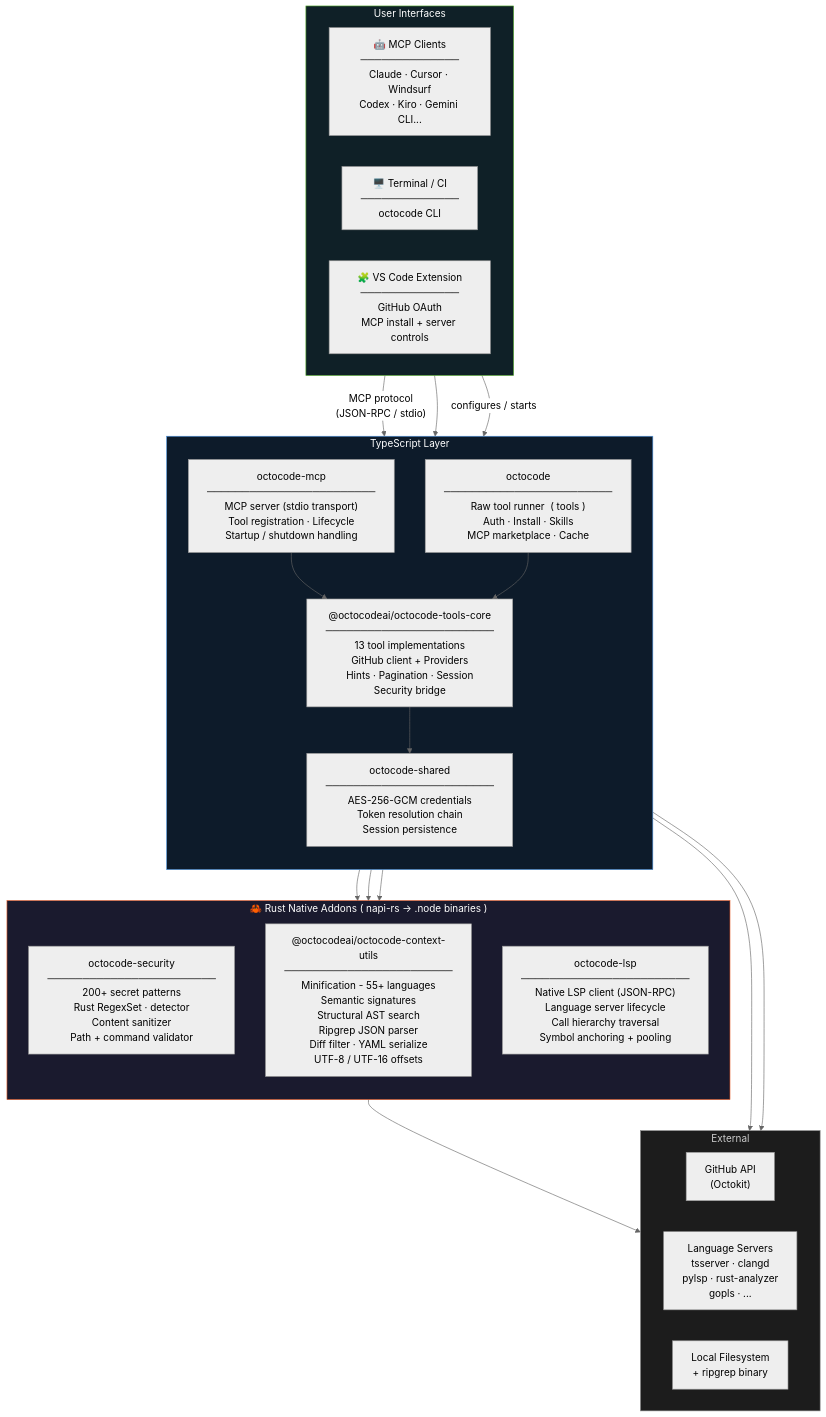
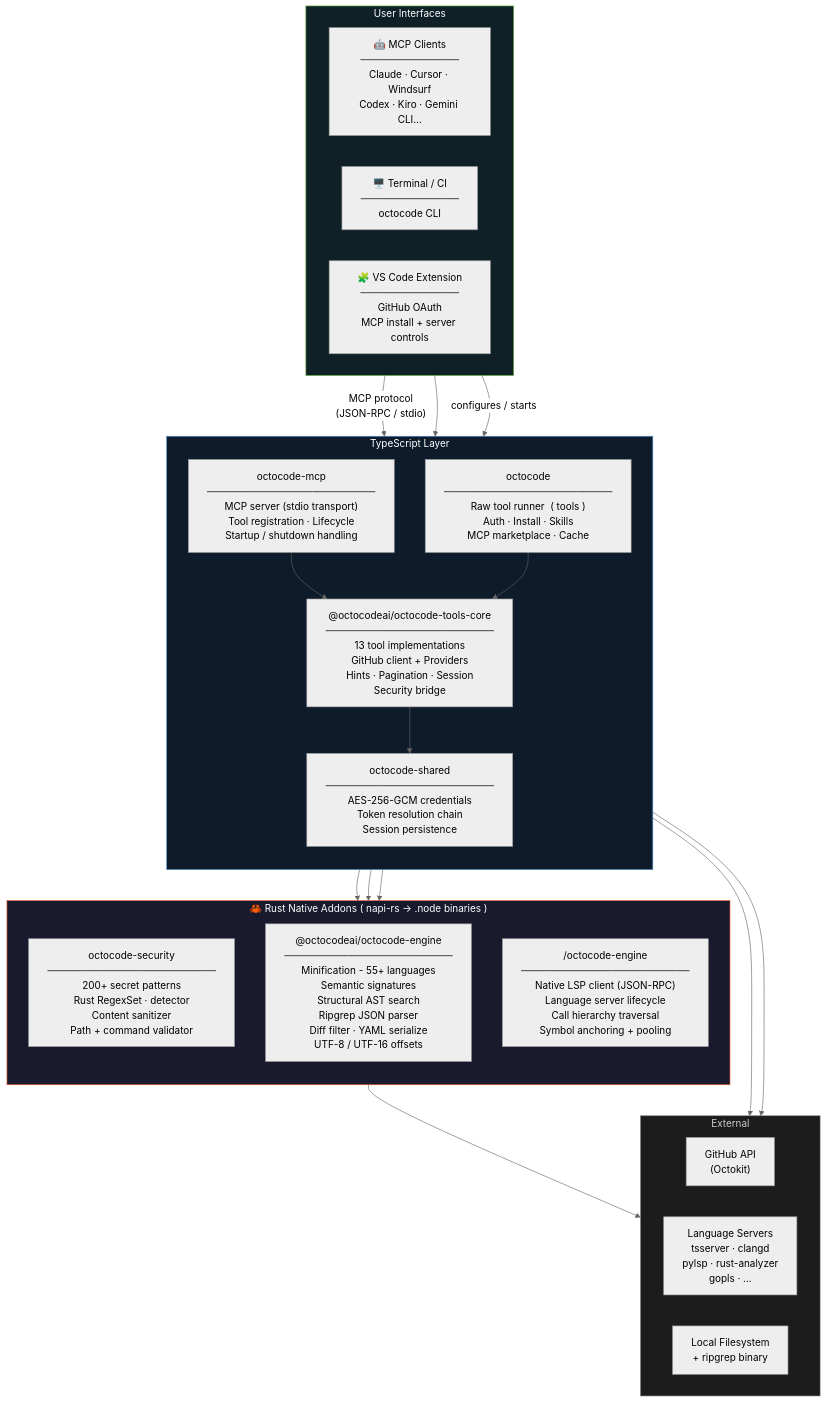
Before and after one commit to yermakoffivan/octocode: the first of 2 diagrams in README.md, drawn with Mermaid (neutral theme). The commit also changed other lines of this file and 864 other files, not shown here.

````diff
--- a/README.md
+++ b/README.md
@@ -389,49 +389,49 @@
 ```mermaid
 graph TB
     subgraph Clients["User Interfaces"]
         direction LR
         MC["🤖 MCP Clients\n──────────────\nClaude · Cursor · Windsurf\nCodex · Kiro · Gemini CLI..."]
         CLI["🖥️  Terminal / CI\n──────────────\noctocode CLI"]
         VSC["🧩 VS Code Extension\n──────────────\nGitHub OAuth\nMCP install + server controls"]
     end
 
     subgraph TS["TypeScript Layer"]
         direction TB
         MCP["octocode-mcp\n────────────────────────\nMCP server (stdio transport)\nTool registration · Lifecycle\nStartup / shutdown handling"]
         CLIBIN["octocode\n────────────────────────\nRaw tool runner  ( tools )\nAuth · Install · Skills\nMCP marketplace · Cache"]
         CORE["@octocodeai/octocode-tools-core\n────────────────────────\n13 tool implementations\nGitHub client + Providers\nHints · Pagination · Session\nSecurity bridge"]
         SHARED["octocode-shared\n────────────────────────\nAES-256-GCM credentials\nToken resolution chain\nSession persistence"]
     end
 
     subgraph Rust["🦀 Rust Native Addons  ( napi-rs → .node binaries )"]
         direction TB
         SEC["octocode-security\n────────────────────────\n200+ secret patterns\nRust RegexSet · detector\nContent sanitizer\nPath + command validator"]
-        CTX["@octocodeai/octocode-context-utils\n────────────────────────\nMinification - 55+ languages\nSemantic signatures\nStructural AST search\nRipgrep JSON parser\nDiff filter · YAML serialize\nUTF-8 / UTF-16 offsets"]
-        LSP["octocode-lsp\n────────────────────────\nNative LSP client (JSON-RPC)\nLanguage server lifecycle\nCall hierarchy traversal\nSymbol anchoring + pooling"]
+        CTX["@octocodeai/octocode-engine\n────────────────────────\nMinification - 55+ languages\nSemantic signatures\nStructural AST search\nRipgrep JSON parser\nDiff filter · YAML serialize\nUTF-8 / UTF-16 offsets"]
+        LSP["/octocode-engine\n────────────────────────\nNative LSP client (JSON-RPC)\nLanguage server lifecycle\nCall hierarchy traversal\nSymbol anchoring + pooling"]
     end
 
     subgraph Ext["External"]
         direction LR
         GH["GitHub API\n(Octokit)"]
         LS["Language Servers\ntsserver · clangd\npylsp · rust-analyzer\ngopls · ..."]
         FS["Local Filesystem\n+ ripgrep binary"]
     end
 
     MC -- "MCP protocol\n(JSON-RPC / stdio)" --> MCP
     CLI --> CLIBIN
     VSC -- "configures / starts" --> MCP
     MCP --> CORE
     CLIBIN --> CORE
     CORE --> SEC
     CORE --> CTX
     CORE --> LSP
     CORE --> SHARED
     CORE --> GH
     CORE --> FS
     LSP --> LS
 
     style Rust fill:#1a1a2e,stroke:#e75d2a,color:#fff
     style TS fill:#0d1b2a,stroke:#4a90d9,color:#fff
     style Clients fill:#0f2027,stroke:#56ab2f,color:#fff
     style Ext fill:#1c1c1c,stroke:#888,color:#ccc
 ```
````
